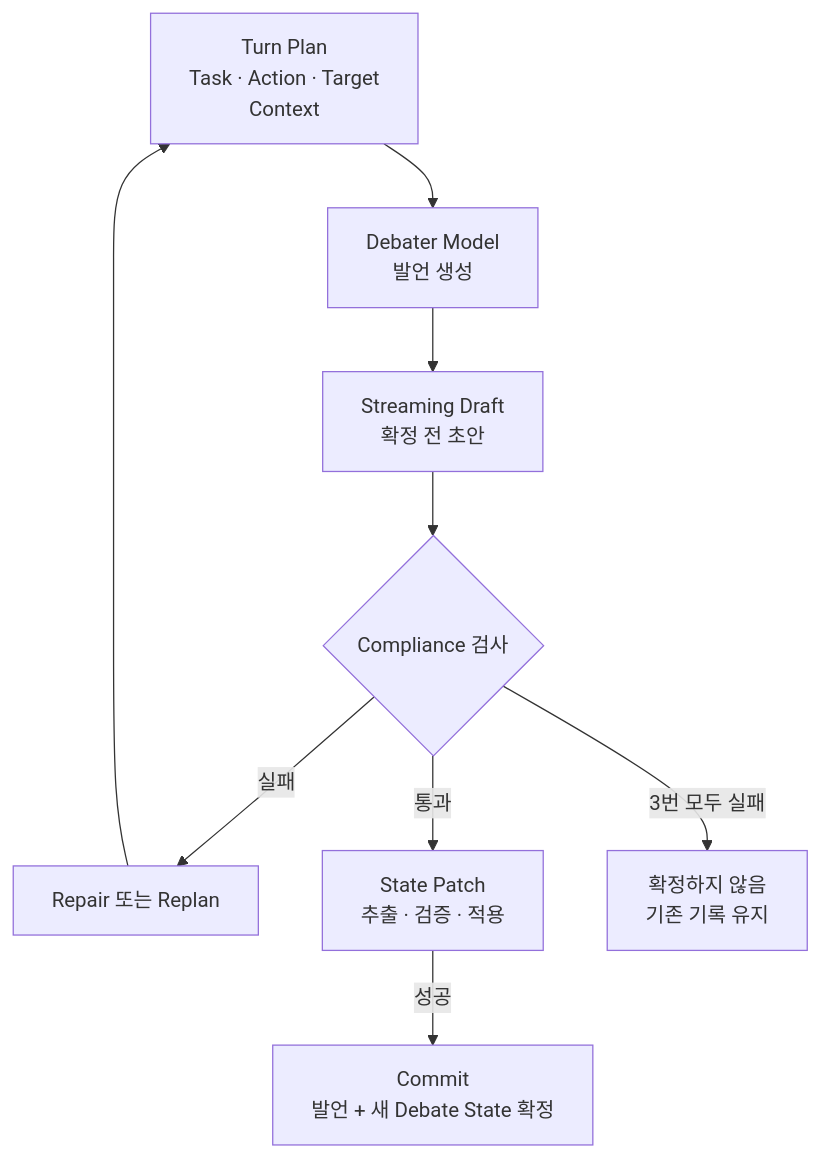
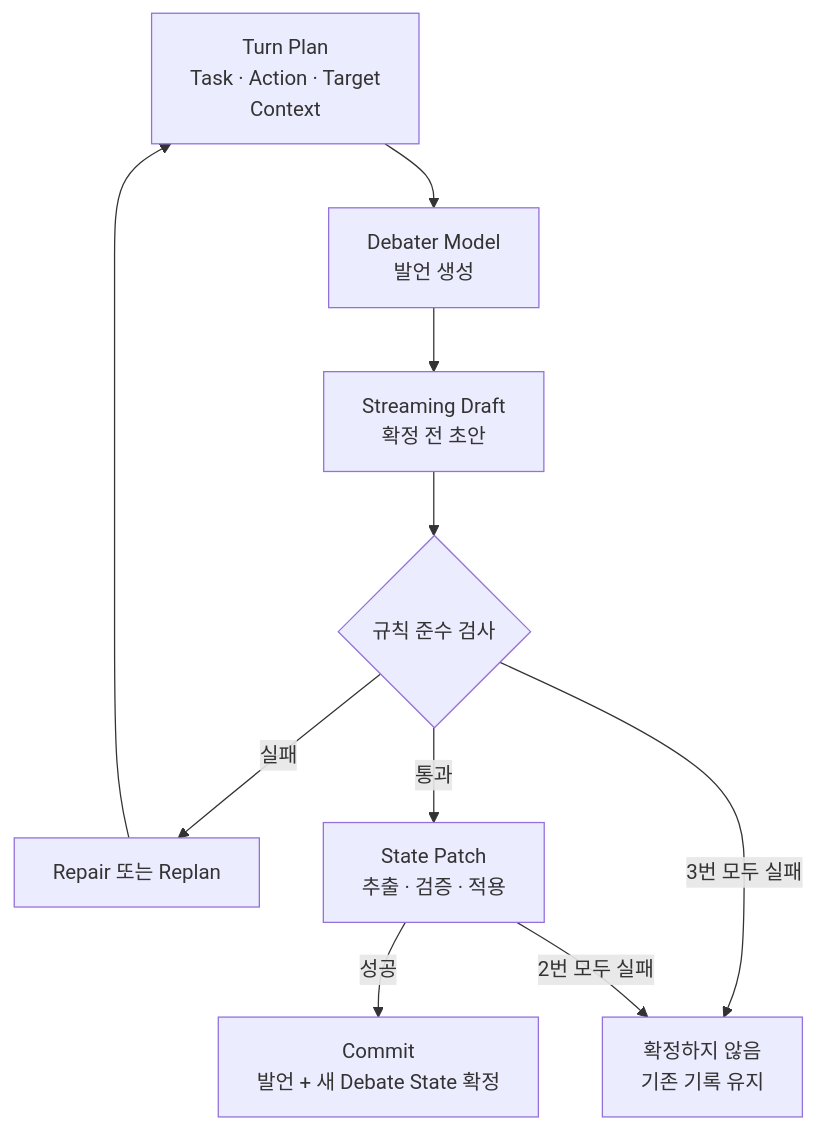
The fifth of 5 diagrams in README.md (hodob/A1-3), drawn with Mermaid before and after one commit. The commit also changed other lines of this file, not shown here.

```diff
--- a/README.md
+++ b/README.md
@@ -332,19 +342,20 @@
 ~~~mermaid
 flowchart TD
     P[Turn Plan<br/>Task · Action · Target<br/>Context]
     G[Debater Model<br/>발언 생성]
     D[Streaming Draft<br/>확정 전 초안]
-    V{Compliance 검사}
+    V{규칙 준수 검사}
     R[Repair 또는 Replan]
     S[State Patch<br/>추출 · 검증 · 적용]
     C[Commit<br/>발언 + 새 Debate State 확정]
 
     P --> G
     G --> D
     D --> V
     V -->|실패| R
     R --> P
     V -->|3번 모두 실패| X[확정하지 않음<br/>기존 기록 유지]
     V -->|통과| S
     S -->|성공| C
+    S -->|2번 모두 실패| X
 ~~~
```
